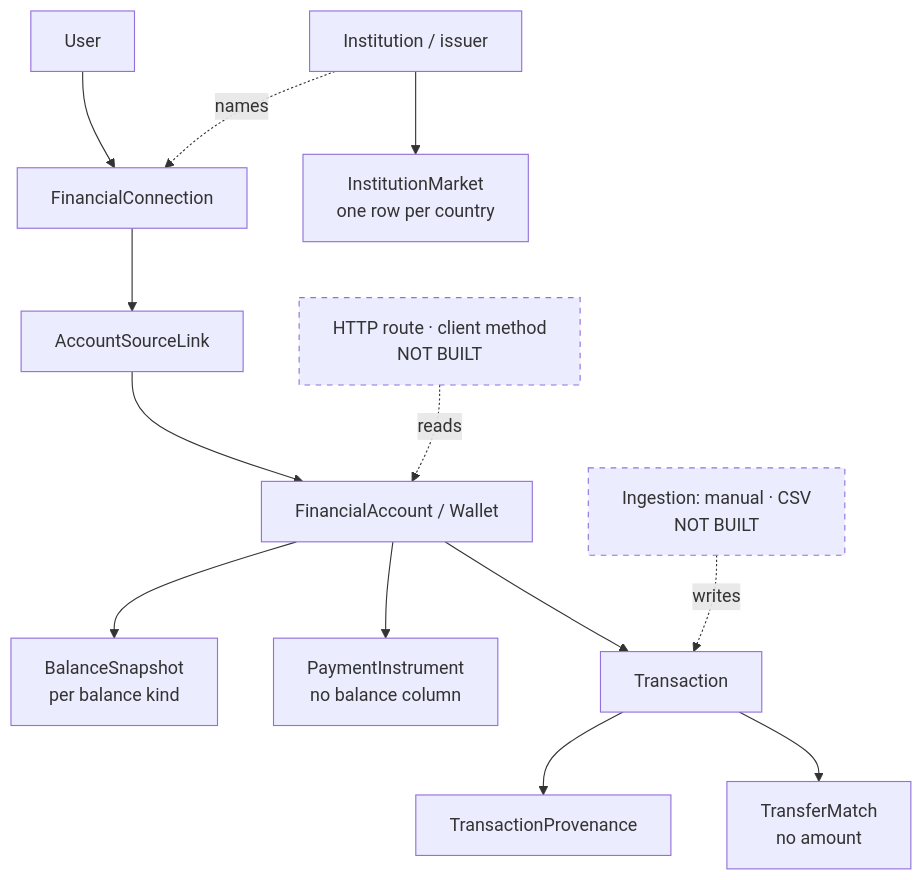
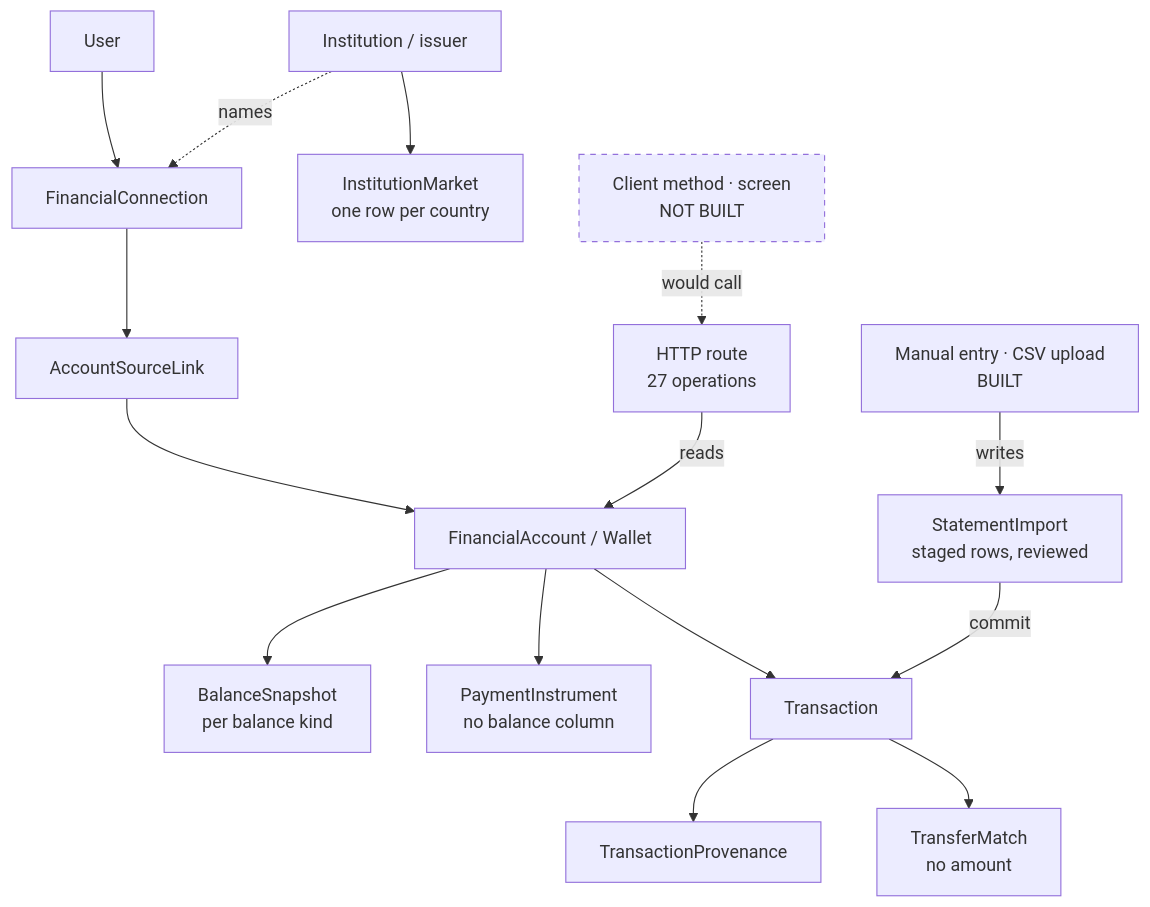
Before and after one commit to MoayadAlobaidi/Karar-Flutter-version: the diagram in docs/architecture/data-model.md, drawn with Mermaid. The commit also changed other lines of this file and 31 other files, not shown here.

````diff
--- a/docs/architecture/data-model.md
+++ b/docs/architecture/data-model.md
@@ -104,18 +106,19 @@
 ```mermaid
 graph TD
   U[User] --> C[FinancialConnection]
   I[Institution / issuer] --> M[InstitutionMarket<br/>one row per country]
   I -.names.-> C
   C --> L[AccountSourceLink]
   L --> A[FinancialAccount / Wallet]
   A --> S[BalanceSnapshot<br/>per balance kind]
   A --> PI[PaymentInstrument<br/>no balance column]
   A --> T[Transaction]
   T --> P[TransactionProvenance]
   T --> TM[TransferMatch<br/>no amount]
-  ING[Ingestion: manual · CSV<br/>NOT BUILT] -.writes.-> T
-  API[HTTP route · client method<br/>NOT BUILT] -.reads.-> A
+  SI[StatementImport<br/>staged rows, reviewed] --commit--> T
+  ING[Manual entry · CSV upload<br/>BUILT] --writes--> SI
+  API[HTTP route<br/>27 operations] --reads--> A
+  CLI[Client method · screen<br/>NOT BUILT] -.would call.-> API
 
-  style ING stroke-dasharray: 5 5
-  style API stroke-dasharray: 5 5
+  style CLI stroke-dasharray: 5 5
 ```
````
